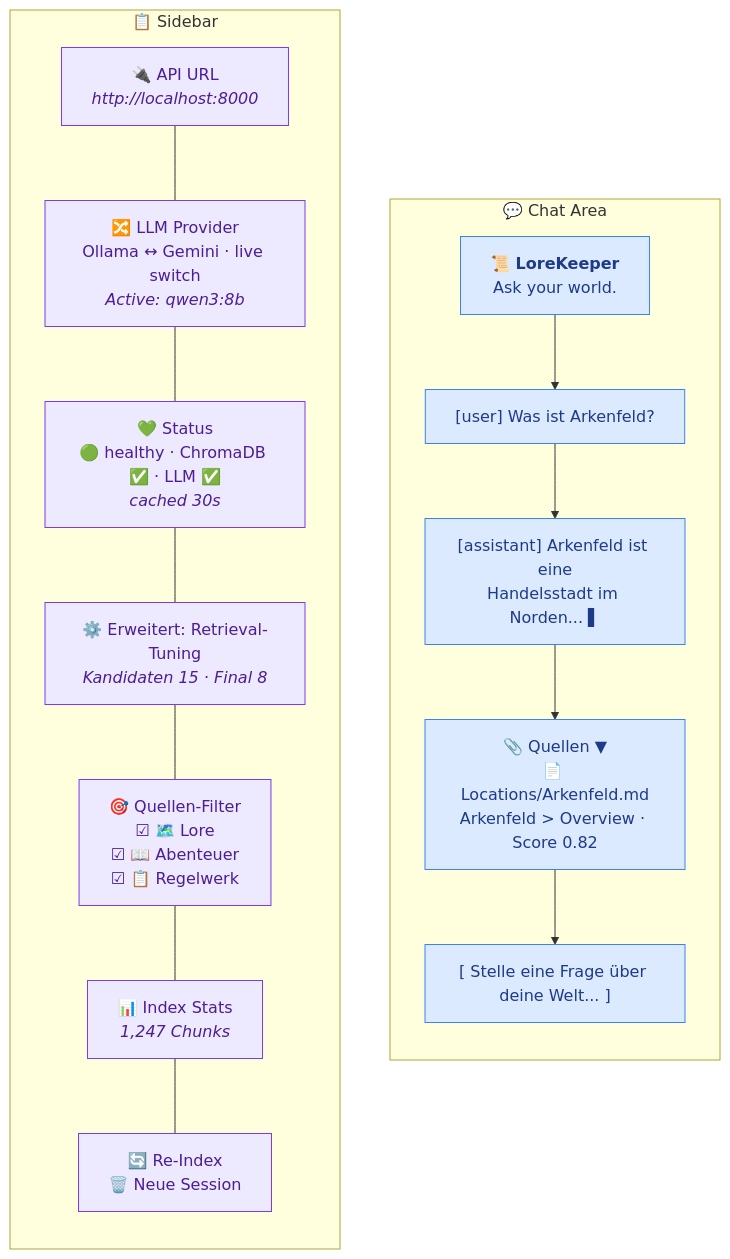
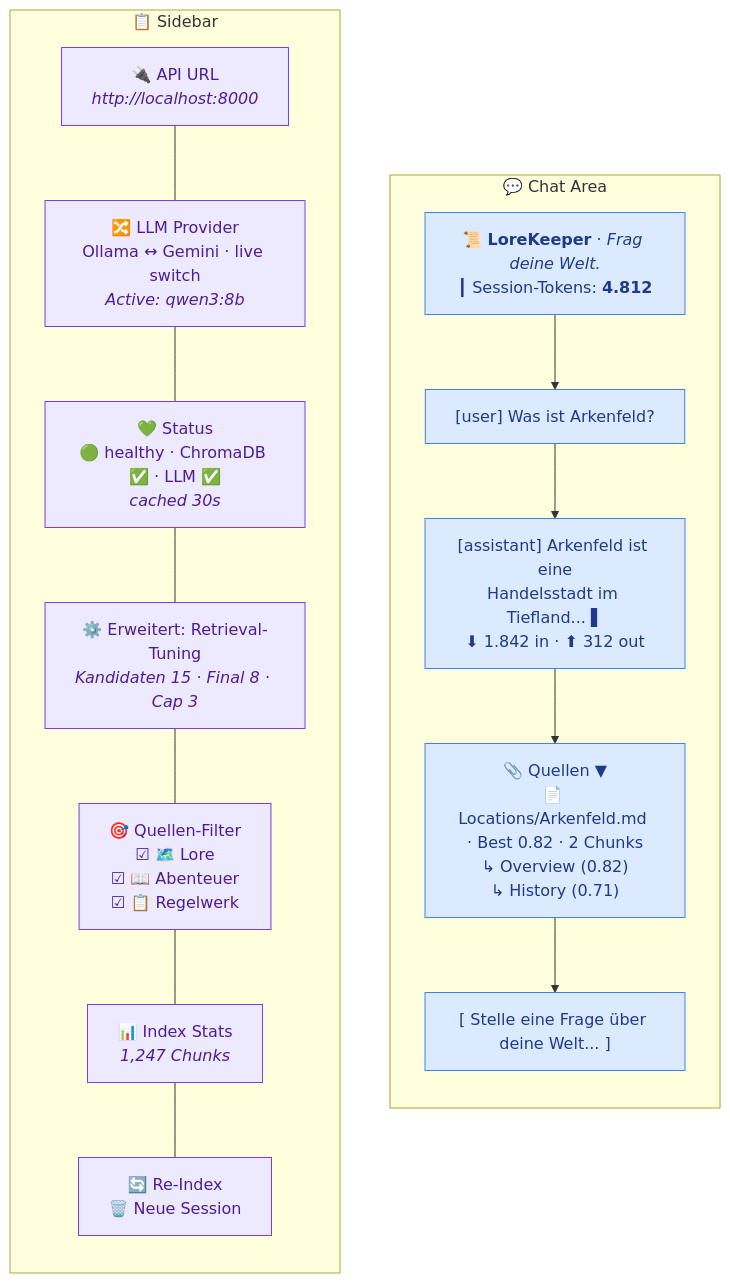
Before and after one commit to FabianHentrich/lorekeeper: the first of 2 diagrams in docs/ui-ux.md, drawn with Mermaid. The commit also changed other lines of this file and 26 other files, not shown here.

Commit message:
Add max_per_source cap for diverse chunk retrieval and implement token usage tracking

````diff
--- a/docs/ui-ux.md
+++ b/docs/ui-ux.md
@@ -5,31 +5,31 @@
 ```mermaid
 flowchart LR
     subgraph SIDEBAR["📋 Sidebar"]
         direction TB
         S1["🔌 API URL<br/><i>http://localhost:8000</i>"]
         S2["🔀 LLM Provider<br/>Ollama ↔ Gemini · live switch<br/><i>Active: qwen3:8b</i>"]
         S3["💚 Status<br/>🟢 healthy · ChromaDB ✅ · LLM ✅<br/><i>cached 30s</i>"]
-        S4["⚙️ Erweitert: Retrieval-Tuning<br/><i>Kandidaten 15 · Final 8</i>"]
+        S4["⚙️ Erweitert: Retrieval-Tuning<br/><i>Kandidaten 15 · Final 8 · Cap 3</i>"]
         S5["🎯 Quellen-Filter<br/>☑ 🗺️ Lore<br/>☑ 📖 Abenteuer<br/>☑ 📋 Regelwerk"]
         S6["📊 Index Stats<br/><i>1,247 Chunks</i>"]
         S7["🔄 Re-Index<br/>🗑️ Neue Session"]
         S1 --- S2 --- S3 --- S4 --- S5 --- S6 --- S7
     end
 
     subgraph CHAT["💬 Chat Area"]
         direction TB
-        C1["📜 <b>LoreKeeper</b><br/>Ask your world."]
+        C1["📜 <b>LoreKeeper</b> · <i>Frag deine Welt.</i><br/>┃ Session-Tokens: <b>4.812</b>"]
         C2["[user] Was ist Arkenfeld?"]
-        C3["[assistant] Arkenfeld ist eine<br/>Handelsstadt im Norden... ▌"]
-        C4["📎 Quellen ▼<br/>📄 Locations/Arkenfeld.md<br/>Arkenfeld &gt; Overview · Score 0.82"]
+        C3["[assistant] Arkenfeld ist eine<br/>Handelsstadt im Tiefland... ▌<br/>⬇ 1.842 in · ⬆ 312 out"]
+        C4["📎 Quellen ▼<br/>📄 Locations/Arkenfeld.md · Best 0.82 · 2 Chunks<br/>↳ Overview (0.82)<br/>↳ History (0.71)"]
         C5["[ Stelle eine Frage über deine Welt... ]"]
         C1 --> C2 --> C3 --> C4 --> C5
     end
 
     SIDEBAR ~~~ CHAT
 
     classDef side fill:#ede9fe,stroke:#7c3aed,color:#4c1d95
     classDef chat fill:#dbeafe,stroke:#3b82f6,color:#1e3a8a
     class S1,S2,S3,S4,S5,S6,S7 side
     class C1,C2,C3,C4,C5 chat
 ```
````
